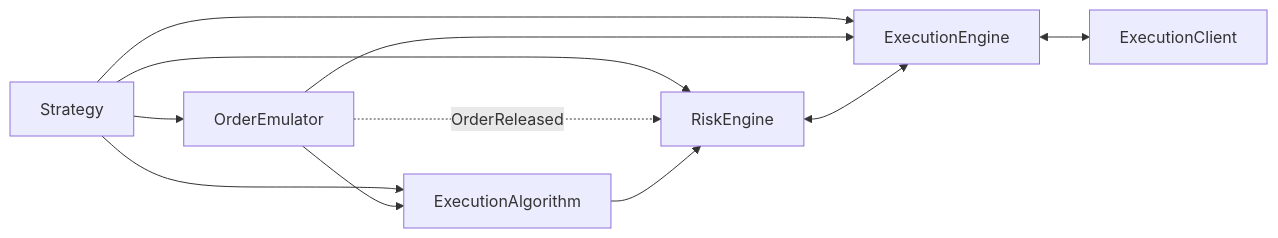
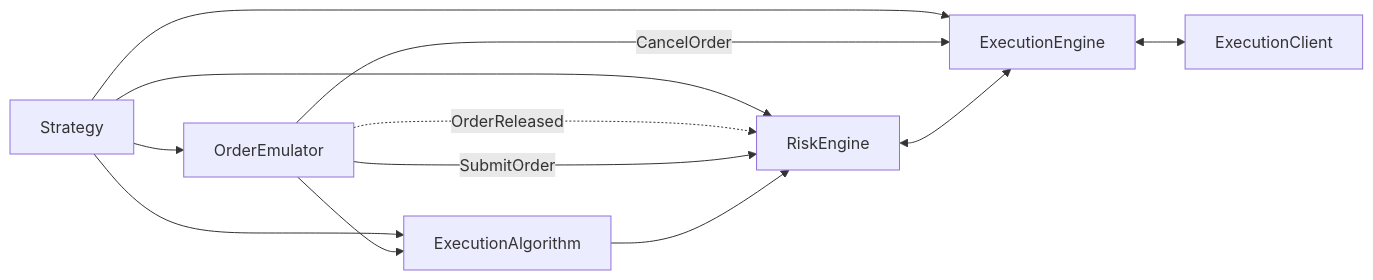
Before and after one commit to nautechsystems/nautilus_trader: the first of 2 diagrams in docs/concepts/execution/index.md, drawn with Mermaid. The commit also changed other lines of this file and 9 other files, not shown here.

First line of the commit message:
Route OrderEmulator direct releases through RiskEngine

````diff
--- a/docs/concepts/execution/index.md
+++ b/docs/concepts/execution/index.md
@@ -68,20 +68,21 @@
 ```mermaid
 flowchart LR
     strategy[Strategy]
     emulator[OrderEmulator]
     algo[ExecutionAlgorithm]
     risk[RiskEngine]
     engine[ExecutionEngine]
     client[ExecutionClient]
 
     strategy --> emulator
     strategy --> algo
     strategy --> risk
     strategy --> engine
     emulator -. OrderReleased .-> risk
     emulator --> algo
-    emulator --> engine
+    emulator -->|SubmitOrder| risk
+    emulator -->|CancelOrder| engine
     algo --> risk
     risk <--> engine
     engine <--> client
 ```
````
